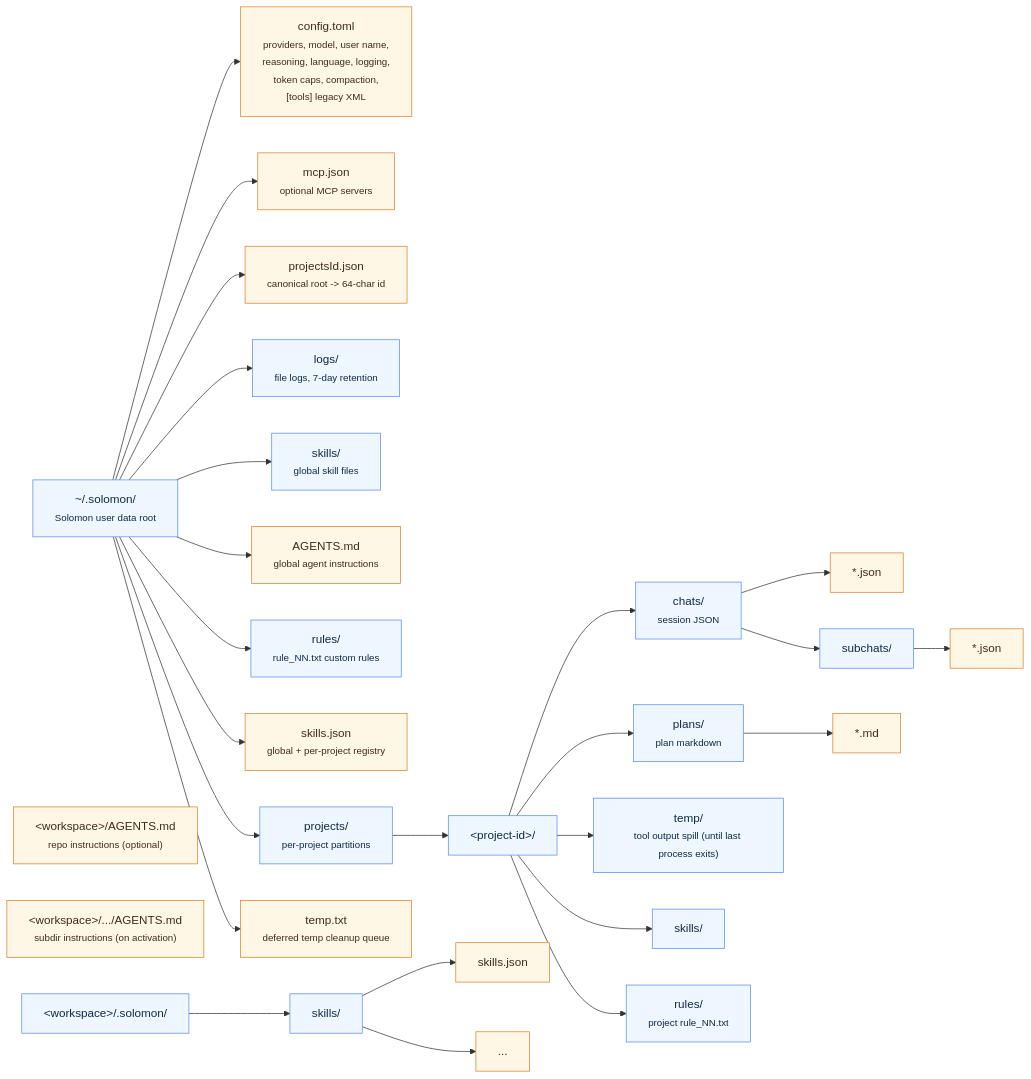
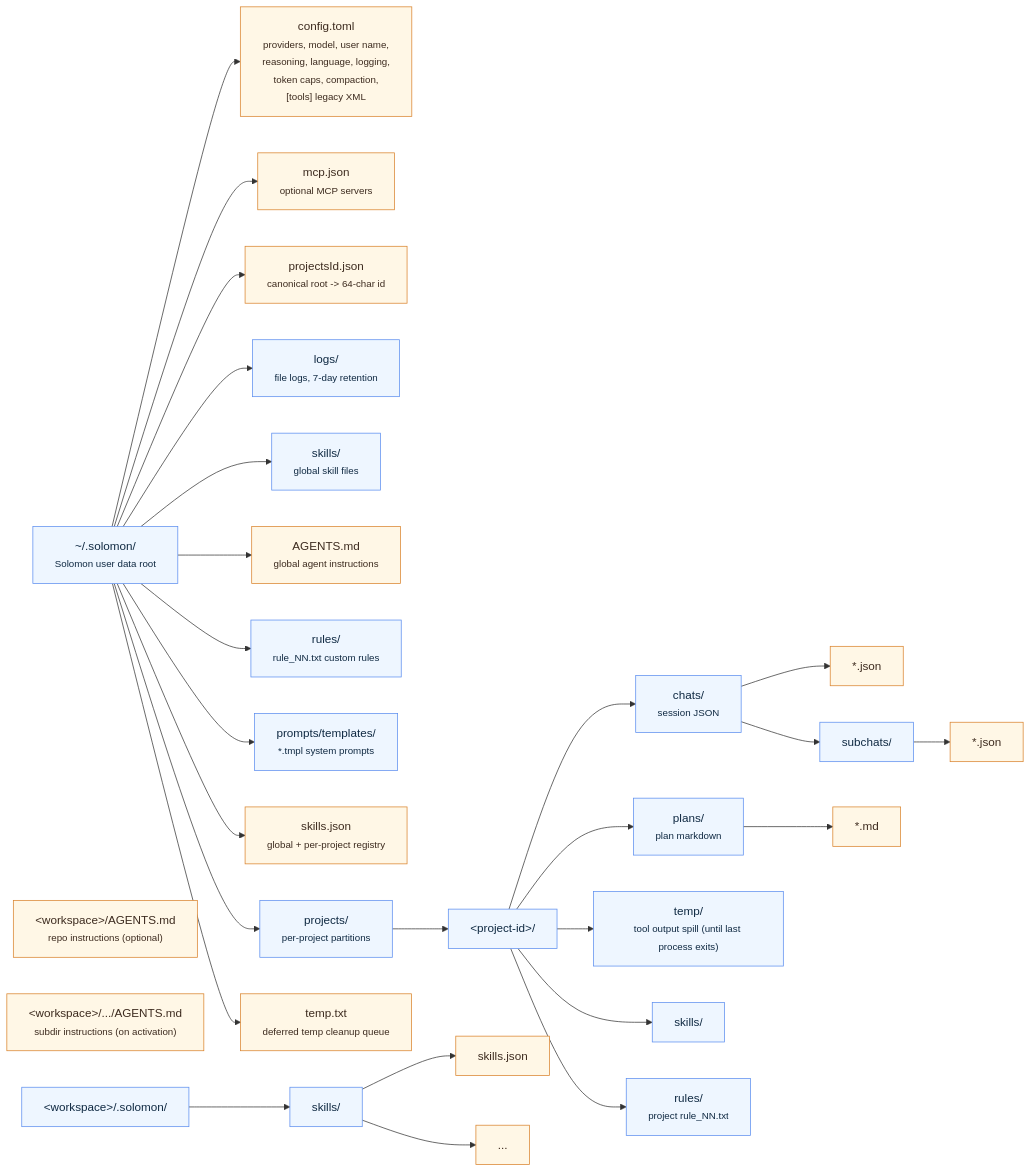
Before and after one commit to SAPPHIR3-ROS3/Solomon: the diagram in docs/user-guide/data-layout.md, drawn with Mermaid. The commit also changed other lines of this file and 54 other files, not shown here.

````diff
--- a/docs/user-guide/data-layout.md
+++ b/docs/user-guide/data-layout.md
@@ -5,64 +5,66 @@
 ```mermaid
 flowchart LR
   home["~/.solomon/<br/><small>Solomon user data root</small>"]
 
   config["config.toml<br/><small>providers, model, user name,<br/>reasoning, language, logging,<br/>token caps, compaction,<br/>[tools] legacy XML</small>"]
   mcpConfig["mcp.json<br/><small>optional MCP servers</small>"]
   projectMap["projectsId.json<br/><small>canonical root -> 64-char id</small>"]
   logs["logs/<br/><small>file logs, 7-day retention</small>"]
   globalSkillsDir["skills/<br/><small>global skill files</small>"]
   globalAgents["AGENTS.md<br/><small>global agent instructions</small>"]
   globalRules["rules/<br/><small>rule_NN.txt custom rules</small>"]
+  promptTemplates["prompts/templates/<br/><small>*.tmpl system prompts</small>"]
   skillsRegistry["skills.json<br/><small>global + per-project registry</small>"]
 
   projects["projects/<br/><small>per-project partitions</small>"]
   projectNode["&lt;project-id&gt;/"]
   chats["chats/<br/><small>session JSON</small>"]
   chatFile["*.json"]
   subchats["subchats/"]
   subchatFile["*.json"]
   plans["plans/<br/><small>plan markdown</small>"]
   planFile["*.md"]
   temp["temp/<br/><small>tool output spill (until last process exits)</small>"]
   tempQueue["temp.txt<br/><small>deferred temp cleanup queue</small>"]
   projectSkills["skills/"]
   projectRules["rules/<br/><small>project rule_NN.txt</small>"]
 
   repoAgents["&lt;workspace&gt;/AGENTS.md<br/><small>repo instructions (optional)</small>"]
   repoSubAgents["&lt;workspace&gt;/.../AGENTS.md<br/><small>subdir instructions (on activation)</small>"]
 
   workspaceRoot["&lt;workspace&gt;/.solomon/"]
   workspaceSkills["skills/"]
   localMirror["skills.json"]
   localFiles["..."]
 
   home --> config
   home --> mcpConfig
   home --> projectMap
   home --> logs
   home --> tempQueue
   home --> globalSkillsDir
   home --> globalAgents
   home --> globalRules
+  home --> promptTemplates
   home --> skillsRegistry
   home --> projects
   projects --> projectNode
   projectNode --> chats
   chats --> chatFile
   chats --> subchats
   subchats --> subchatFile
   projectNode --> plans
   plans --> planFile
   projectNode --> temp
   projectNode --> projectSkills
   projectNode --> projectRules
 
   workspaceRoot --> workspaceSkills
   workspaceSkills --> localMirror
   workspaceSkills --> localFiles
 
   classDef folder fill:#eef6ff,stroke:#5b8def,color:#102a43
   classDef file fill:#fff7e6,stroke:#d9822b,color:#3d2b1f
-  class home,logs,globalSkillsDir,globalRules,projects,projectNode,chats,subchats,plans,temp,projectSkills,projectRules,workspaceRoot,workspaceSkills folder
+  class home,logs,globalSkillsDir,globalRules,promptTemplates,projects,projectNode,chats,subchats,plans,temp,projectSkills,projectRules,workspaceRoot,workspaceSkills folder
   class config,mcpConfig,projectMap,skillsRegistry,tempQueue,chatFile,subchatFile,planFile,localMirror,localFiles,globalAgents,repoAgents,repoSubAgents file
 ```
````
